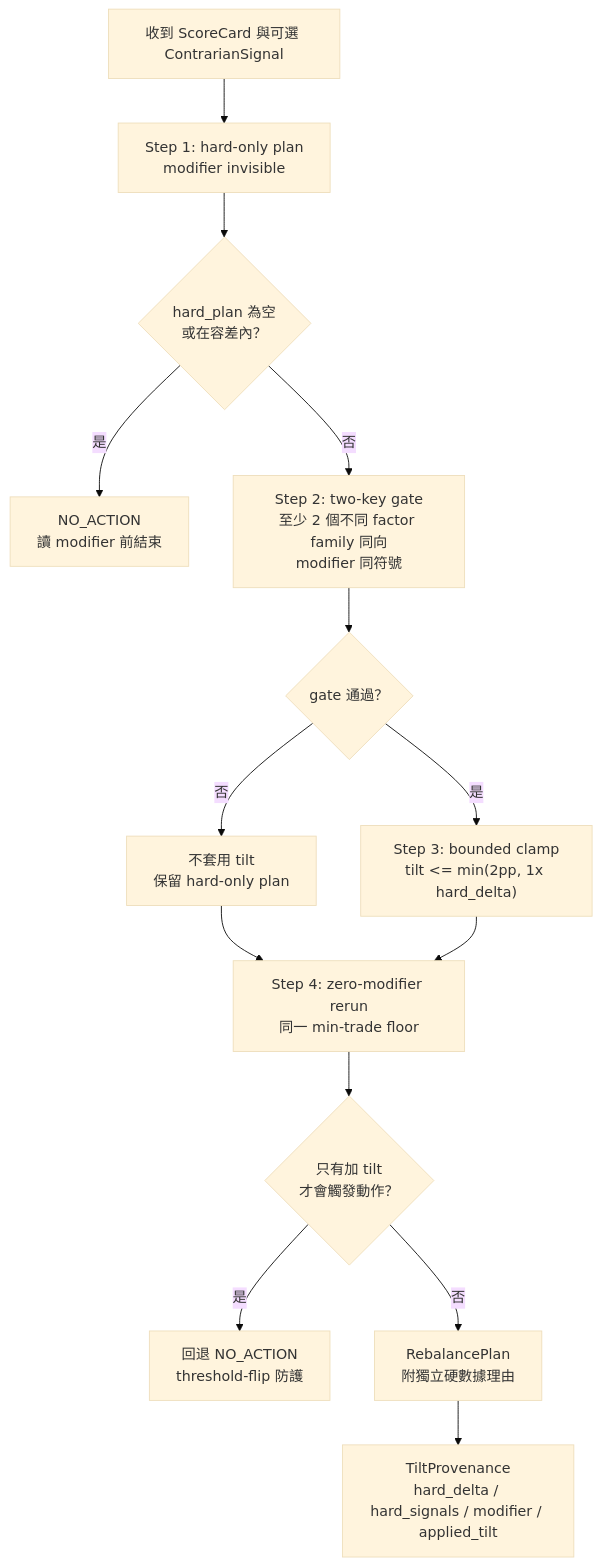
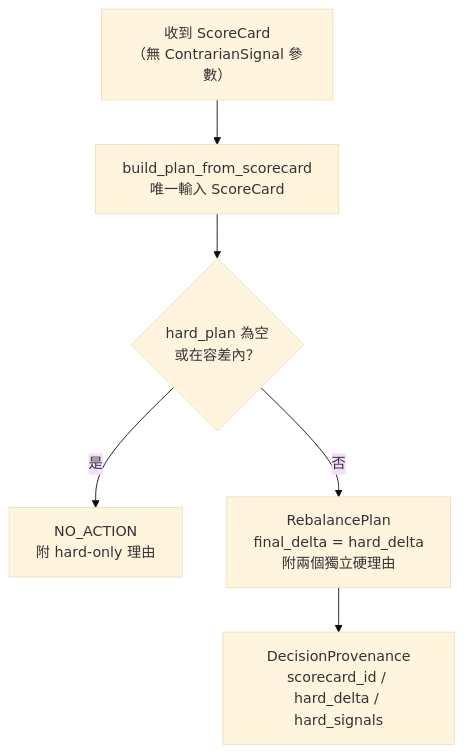
Before and after one commit to Silavater/stack_fund_agent: the fifth of 10 diagrams in doc/StackFund_架構分析_Mermaid.md, drawn with Mermaid (base theme). The commit also changed other lines of this file and 1 other file, not shown here.

First line of the commit message:
Adopt FACE narrative-only sidecar (v3.1): crowd layer no longer writes back to L4

````diff
--- a/doc/StackFund_架構分析_Mermaid.md
+++ b/doc/StackFund_架構分析_Mermaid.md
@@ -246,27 +248,13 @@
 ```mermaid
 flowchart TD
-    Start["收到 ScoreCard 與可選 ContrarianSignal"]
-    HardOnly["Step 1: hard-only plan<br/>modifier invisible"]
+    Start["收到 ScoreCard<br/>（無 ContrarianSignal 參數）"]
+    HardOnly["build_plan_from_scorecard<br/>唯一輸入 ScoreCard"]
     HardEmpty{"hard_plan 為空<br/>或在容差內？"}
-    NoActionEarly["NO_ACTION<br/>讀 modifier 前結束"]
-    Gate["Step 2: two-key gate<br/>至少 2 個不同 factor family 同向<br/>modifier 同符號"]
-    GatePass{"gate 通過？"}
-    NoTilt["不套用 tilt<br/>保留 hard-only plan"]
-    Clamp["Step 3: bounded clamp<br/>tilt <= min(2pp, 1x hard_delta)"]
-    Rerun["Step 4: zero-modifier rerun<br/>同一 min-trade floor"]
-    Flip{"只有加 tilt<br/>才會觸發動作？"}
-    Rollback["回退 NO_ACTION<br/>threshold-flip 防護"]
-    Final["RebalancePlan<br/>附獨立硬數據理由"]
-    Provenance["TiltProvenance<br/>hard_delta / hard_signals / modifier / applied_tilt"]
+    NoAction["NO_ACTION<br/>附 hard-only 理由"]
+    Final["RebalancePlan<br/>final_delta = hard_delta<br/>附兩個獨立硬理由"]
+    Provenance["DecisionProvenance<br/>scorecard_id / hard_delta / hard_signals"]
 
     Start --> HardOnly --> HardEmpty
-    HardEmpty -->|"是"| NoActionEarly
-    HardEmpty -->|"否"| Gate --> GatePass
-    GatePass -->|"否"| NoTilt
-    GatePass -->|"是"| Clamp
-    NoTilt --> Rerun
-    Clamp --> Rerun
-    Rerun --> Flip
-    Flip -->|"是"| Rollback
-    Flip -->|"否"| Final --> Provenance
+    HardEmpty -->|"是"| NoAction
+    HardEmpty -->|"否"| Final --> Provenance
 ```
````
